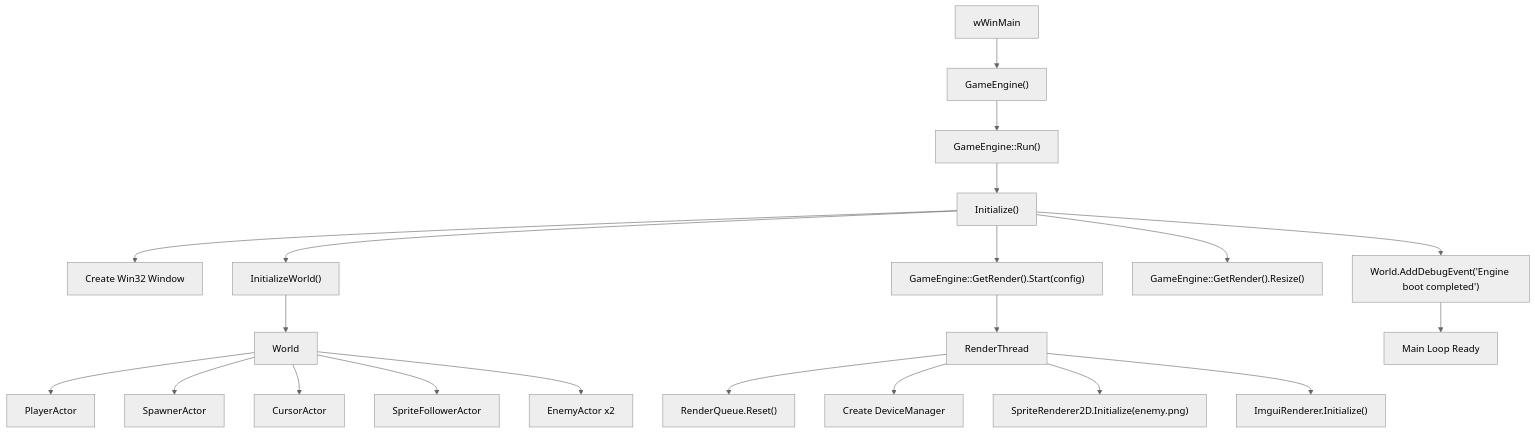
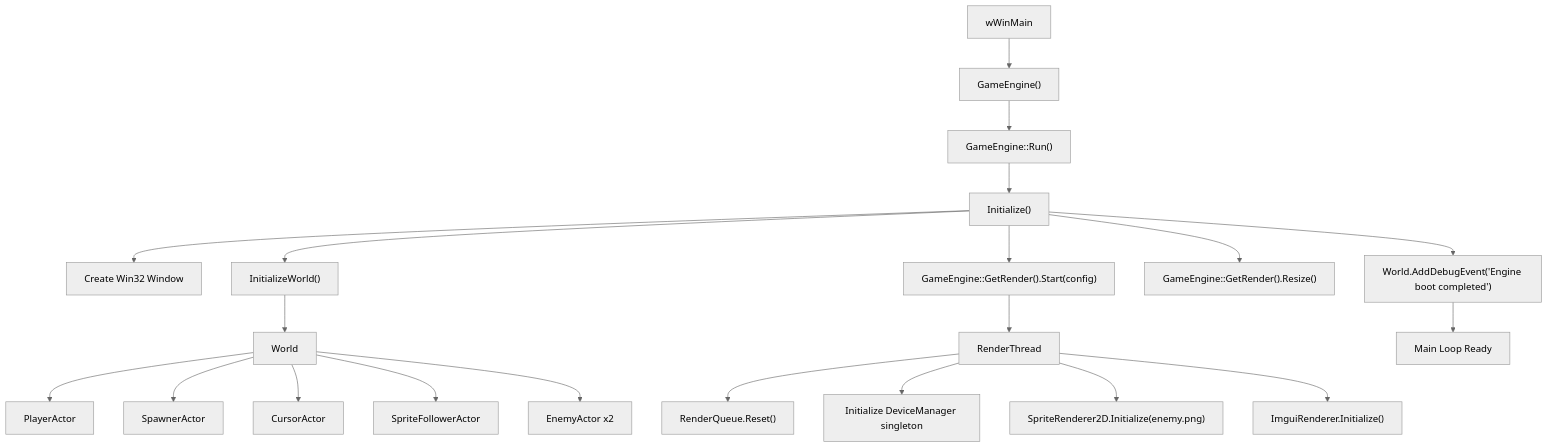
The second of 2 diagrams in samples/MiniEngine2D/DesignGameEngine_Frame.md (IfnityStudio/LightWeightD3D12), drawn with Mermaid (neutral theme) before and after one commit. The commit also changed other lines of this file and 175 other files, not shown here.

````diff
--- a/samples/MiniEngine2D/DesignGameEngine_Frame.md
+++ b/samples/MiniEngine2D/DesignGameEngine_Frame.md
@@ -46,25 +46,25 @@
 ```mermaid
 flowchart TD
     A["wWinMain"] --> B["GameEngine()"]
     B --> C["GameEngine::Run()"]
     C --> D["Initialize()"]
     D --> E["Create Win32 Window"]
     D --> F["InitializeWorld()"]
     F --> G["World"]
     G --> G1["PlayerActor"]
     G --> G2["SpawnerActor"]
     G --> G3["CursorActor"]
     G --> G4["SpriteFollowerActor"]
     G --> G5["EnemyActor x2"]
 
     D --> H["GameEngine::GetRender().Start(config)"]
     H --> I["RenderThread"]
     I --> J["RenderQueue.Reset()"]
-    I --> K["Create DeviceManager"]
+    I --> K["Initialize DeviceManager singleton"]
     I --> L["SpriteRenderer2D.Initialize(enemy.png)"]
     I --> M["ImguiRenderer.Initialize()"]
 
     D --> N["GameEngine::GetRender().Resize()"]
     D --> O["World.AddDebugEvent('Engine boot completed')"]
     O --> P["Main Loop Ready"]
 ```
````
